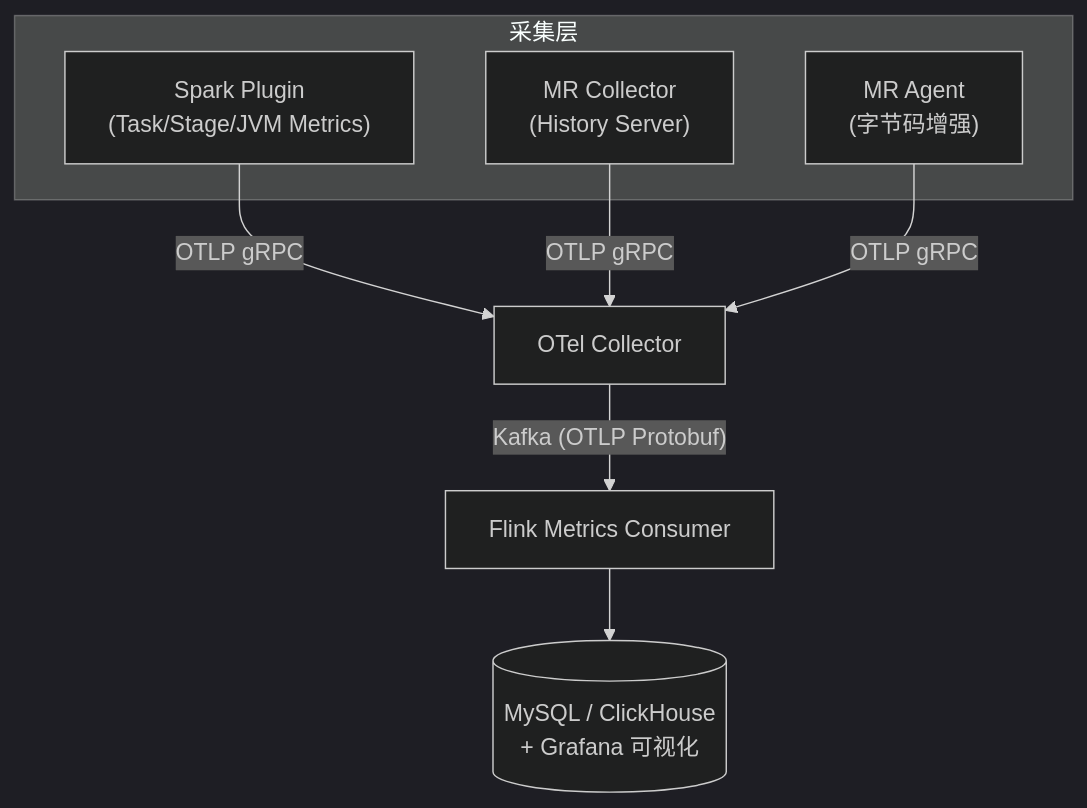
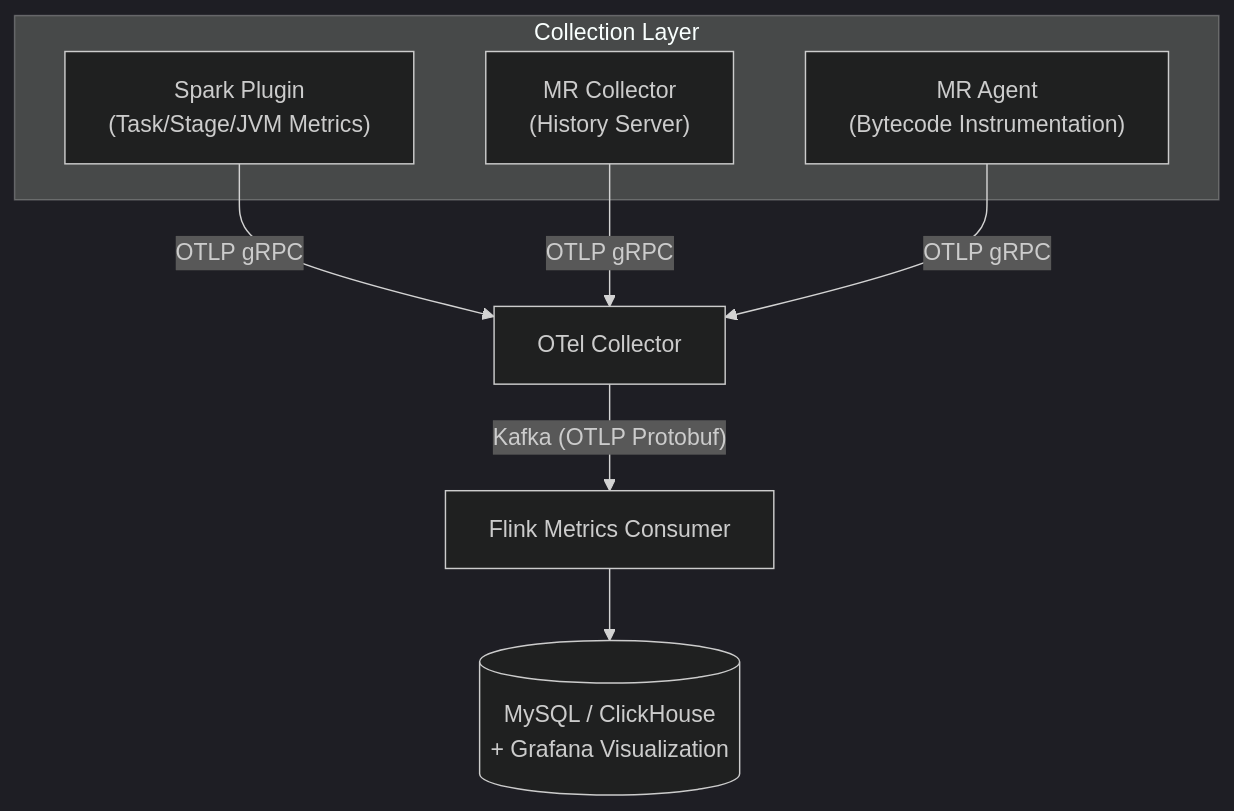
One commit to xmg333/hadoop-telemetry-stack changed the diagram in docs/index.md. Above: the diagram before and after it, drawn with Mermaid (dark theme). The commit also changed other lines of this file and 69 other files, not shown here.

````diff
--- a/docs/index.md
+++ b/docs/index.md
@@ -7,19 +7,19 @@
 ```mermaid
 graph TD
-    subgraph 采集层
+    subgraph Collection Layer
         SP["Spark Plugin<br/>(Task/Stage/JVM Metrics)"]
         MR["MR Collector<br/>(History Server)"]
-        MA["MR Agent<br/>(字节码增强)"]
+        MA["MR Agent<br/>(Bytecode Instrumentation)"]
     end
 
     SP -- OTLP gRPC --> OTel
     MR -- OTLP gRPC --> OTel
     MA -- OTLP gRPC --> OTel
 
     OTel["OTel Collector"]
     Flink["Flink Metrics Consumer"]
-    DB[("MySQL / ClickHouse<br/>+ Grafana 可视化")]
+    DB[("MySQL / ClickHouse<br/>+ Grafana Visualization")]
 
     OTel -- "Kafka (OTLP Protobuf)" --> Flink
     Flink --> DB
 ```
````
